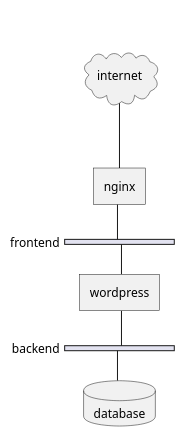
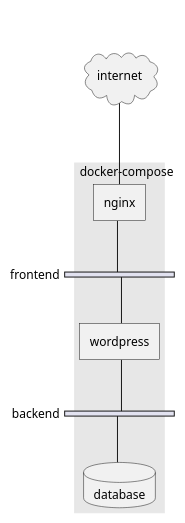
Before and after one commit to yasuaki-344/wordpress-docker: the diagram in docs/network-diagram.puml, drawn with PlantUML.

Commit message:
Add group to network diagram

```diff
--- a/docs/network-diagram.puml
+++ b/docs/network-diagram.puml
@@ -1,15 +1,22 @@
 @startuml "network-diagram"
 nwdiag {
   internet [shape = cloud];
   internet -- nginx;
+
+  group {
+    description = "docker-compose";
+    nginx;
+    wordpress;
+    database;
+  }
 
   network frontend {
     nginx;
     wordpress;
   }
   network backend {
     wordpress;
     database [shape = database];
   }
 }
 @enduml
```
